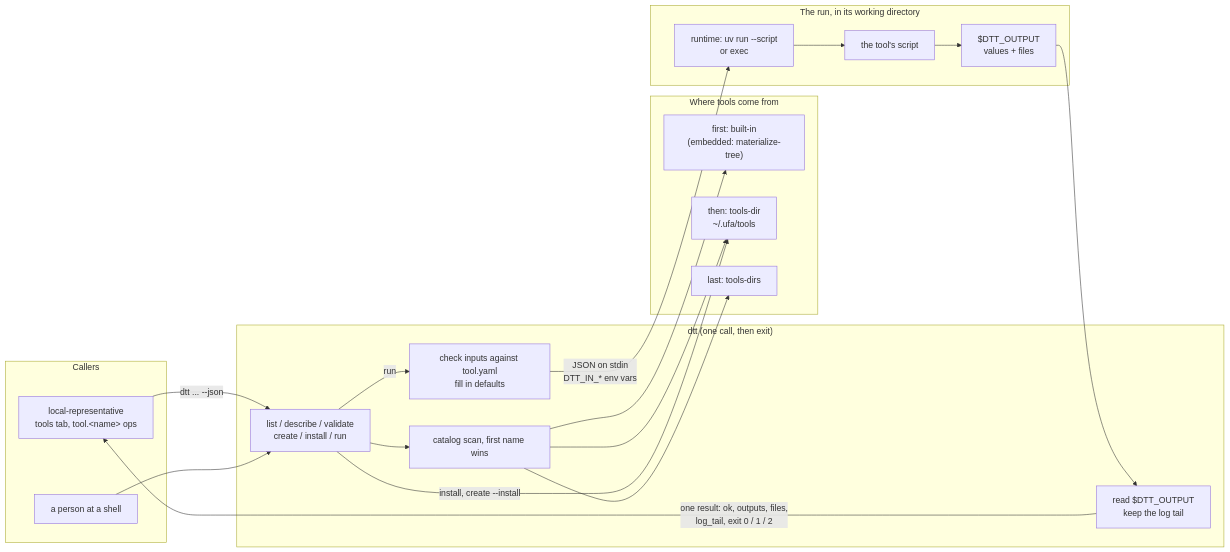
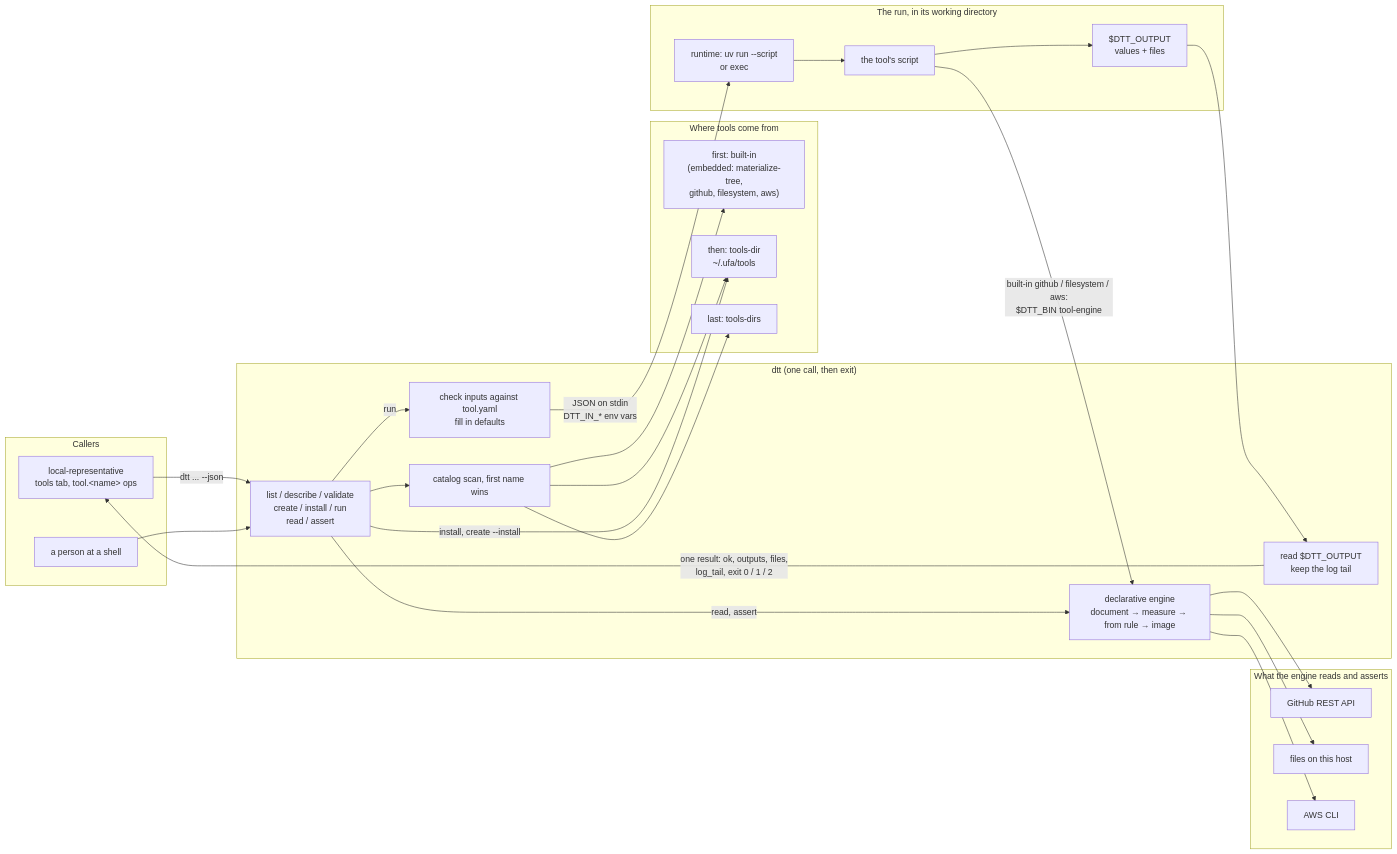
One commit to UnitedFederationOfAgents/AI-evo1 changed the diagram in dtt/README.md. Above: the diagram before and after it, drawn with Mermaid. The commit also changed other lines of this file and 20 other files, not shown here.

````diff
--- a/dtt/README.md
+++ b/dtt/README.md
@@ -23,40 +23,52 @@
 ```mermaid
 flowchart LR
     subgraph callers["Callers"]
         lr["local-representative<br/>tools tab, tool.&lt;name&gt; ops"]
         cli["a person at a shell"]
     end
 
     subgraph dtt["dtt (one call, then exit)"]
-        cmd["list / describe / validate<br/>create / install / run"]
+        cmd["list / describe / validate<br/>create / install / run<br/>read / assert"]
         scan["catalog scan, first name wins"]
         check["check inputs against tool.yaml<br/>fill in defaults"]
         collect["read $DTT_OUTPUT<br/>keep the log tail"]
+        engine["declarative engine<br/>document → measure → from rule → image"]
+    end
+
+    subgraph targets["What the engine reads and asserts"]
+        gh["GitHub REST API"]
+        files["files on this host"]
+        awscli["AWS CLI"]
     end
 
     subgraph sources["Where tools come from"]
-        builtin["first: built-in<br/>(embedded: materialize-tree)"]
+        builtin["first: built-in<br/>(embedded: materialize-tree,<br/>github, filesystem, aws)"]
         user["then: tools-dir<br/>~/.ufa/tools"]
         extra["last: tools-dirs"]
     end
 
     subgraph runarea["The run, in its working directory"]
         runtime["runtime: uv run --script<br/>or exec"]
         script["the tool's script"]
         outfile["$DTT_OUTPUT<br/>values + files"]
     end
 
     lr -- "dtt ... --json" --> cmd
     cli --> cmd
     cmd --> scan
     scan --> builtin
     scan --> user
     scan --> extra
     cmd -- "run" --> check
     check -- "JSON on stdin<br/>DTT_IN_* env vars" --> runtime
     runtime --> script
     script --> outfile
     outfile --> collect
     collect -- "one result: ok, outputs, files,<br/>log_tail, exit 0 / 1 / 2" --> lr
     cmd -- "install, create --install" --> user
+    cmd -- "read, assert" --> engine
+    script -- "built-in github / filesystem / aws:<br/>$DTT_BIN tool-engine" --> engine
+    engine --> gh
+    engine --> files
+    engine --> awscli
 ```
````
